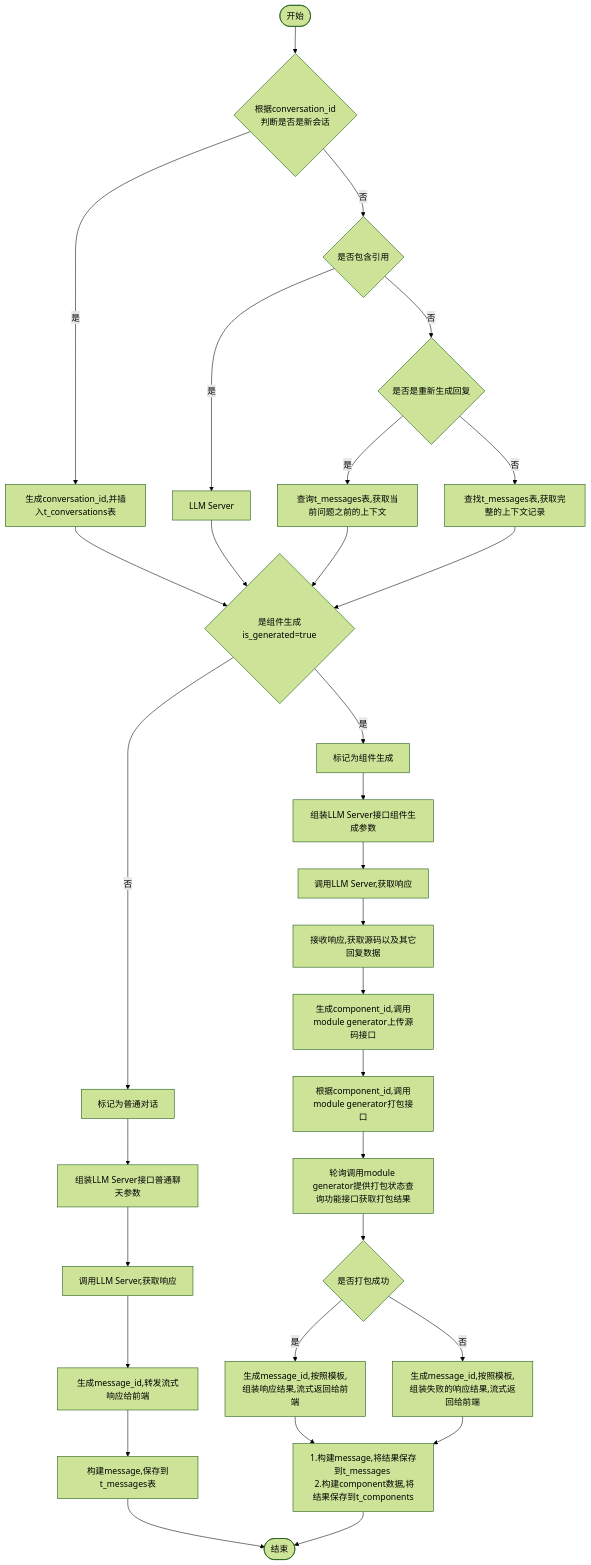
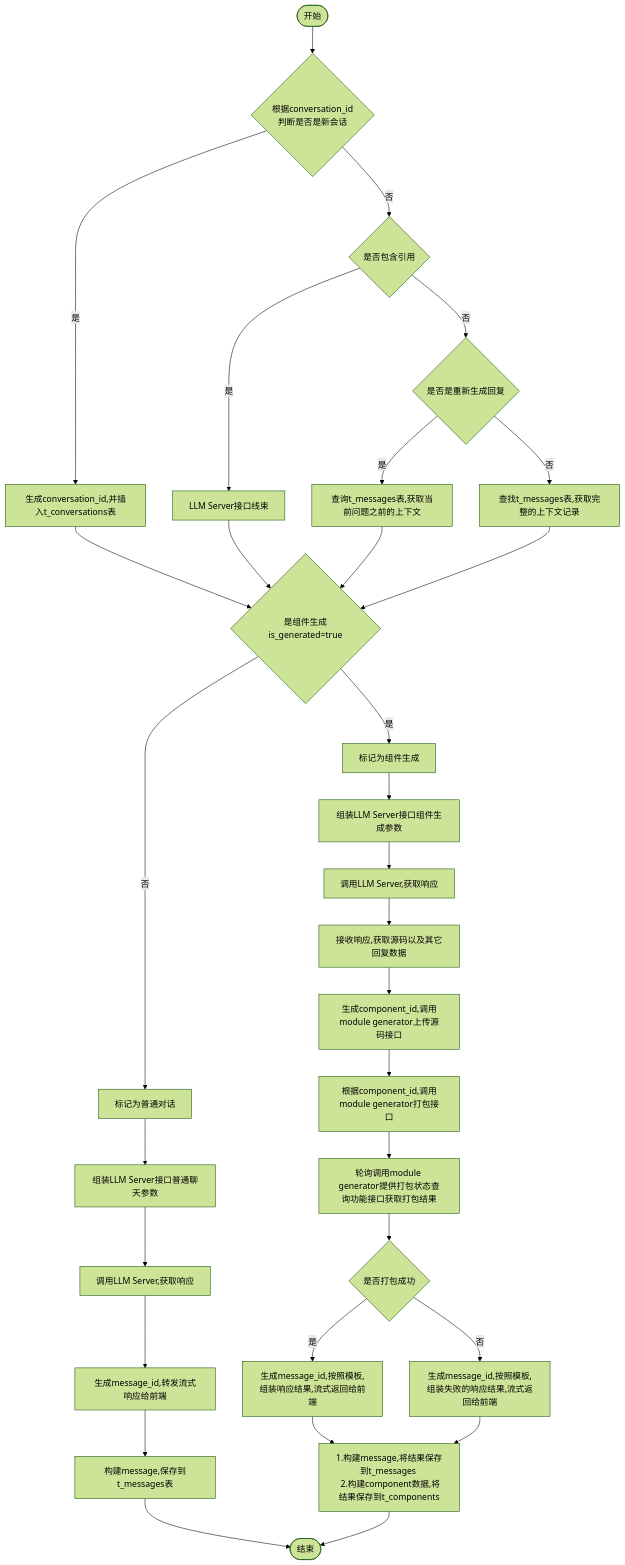
One commit to yingjianzh/iodraw-files changed the diagram in all/w3-会话-不需要传递message.md. Above: the diagram before and after it, drawn with Mermaid (forest theme).

Commit message:
2024-10-14 11:05:53 update

````diff
--- a/all/w3-会话-不需要传递message.md
+++ b/all/w3-会话-不需要传递message.md
@@ -1,35 +1,35 @@
 ```mermaid
 flowchart TD
     A([开始]) --> B{根据conversation_id \n 判断是否是新会话}
     B -- 是 --> C[生成conversation_id,并插入t_conversations表]
     B -- 否 --> D{是否包含引用}
-    D -- 是 --> E[LLM Server]
+    D -- 是 --> E[LLM Server接口线束]
     D -- 否 --> F{是否是重新生成回复}
     F -- 是 --> G[查询t_messages表,获取当前问题之前的上下文]
     F -- 否 --> H[查找t_messages表,获取完整的上下文记录]
      
     C & E & G & H --> I{是组件生成is_generated=true}
     I -- 是 --> J[标记为组件生成]
     I -- 否 --> K[标记为普通对话]
 
 
     J --> L[组装LLM Server接口组件生成参数]    
     K --> M[组装LLM Server接口普通聊天参数]    
     M --> N[调用LLM Server,获取响应]    
     N --> O[生成message_id,转发流式响应给前端]
     O --> P[构建message,保存到t_messages表]
     P --> R([结束])
 
 
     L --> S[调用LLM Server,获取响应]
     S --> T[接收响应,获取源码以及其它回复数据]
     T --> U[生成component_id,调用module generator上传源码接口]
     U --> V[根据component_id,调用module generator打包接口]
     V --> W[轮询调用module generator提供打包状态查询功能接口获取打包结果]
     W --> X{是否打包成功}
     X -- 是 --> Y[生成message_id,按照模板,组装响应结果,流式返回给前端]
     X -- 否 --> Z[生成message_id,按照模板,组装失败的响应结果,流式返回给前端]
 
     Y & Z --> Result[1.构建message,将结果保存到t_messages \n 2.构建component数据,将结果保存到t_components]
     Result --> R
 ```
````
